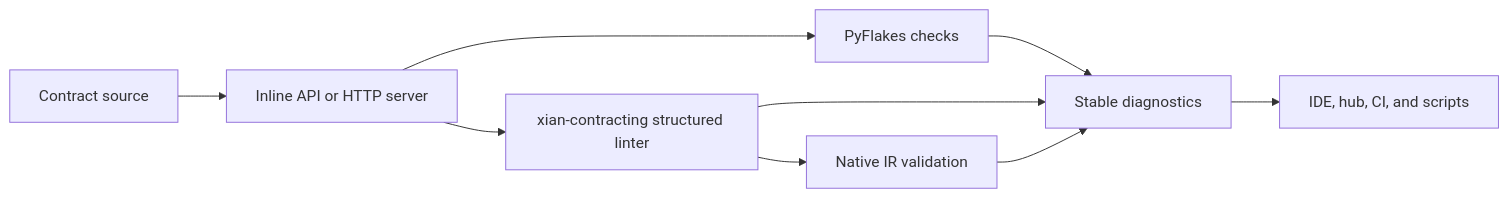
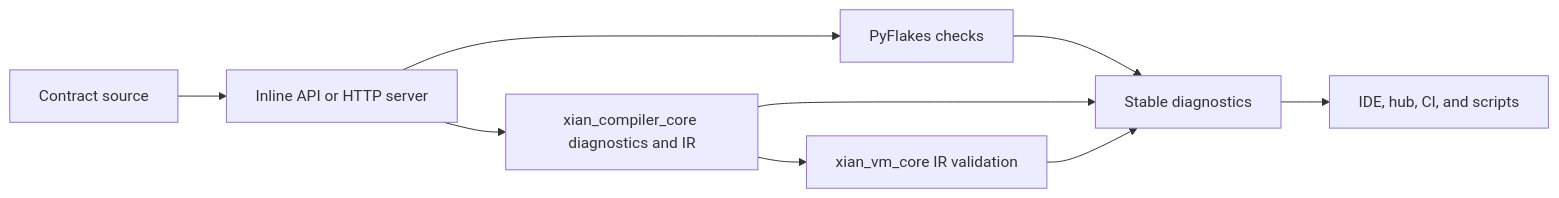
The diagram in README.md (xian-technology/xian-linter), drawn with Mermaid before and after one commit. The commit also changed other lines of this file and 4 other files, not shown here.

First line of the commit message:
Document the compiler-core based linter

````diff
--- a/README.md
+++ b/README.md
@@ -15,11 +18,11 @@
 ```mermaid
 flowchart LR
   Source["Contract source"] --> API["Inline API or HTTP server"]
   API --> Pyflakes["PyFlakes checks"]
-  API --> Contracting["xian-contracting structured linter"]
-  Contracting --> VM["Native IR validation"]
+  API --> Compiler["xian_compiler_core diagnostics and IR"]
+  Compiler --> VM["xian_vm_core IR validation"]
   Pyflakes --> Results["Stable diagnostics"]
-  Contracting --> Results
+  Compiler --> Results
   VM --> Results
   Results --> Tools["IDE, hub, CI, and scripts"]
 ```
````
